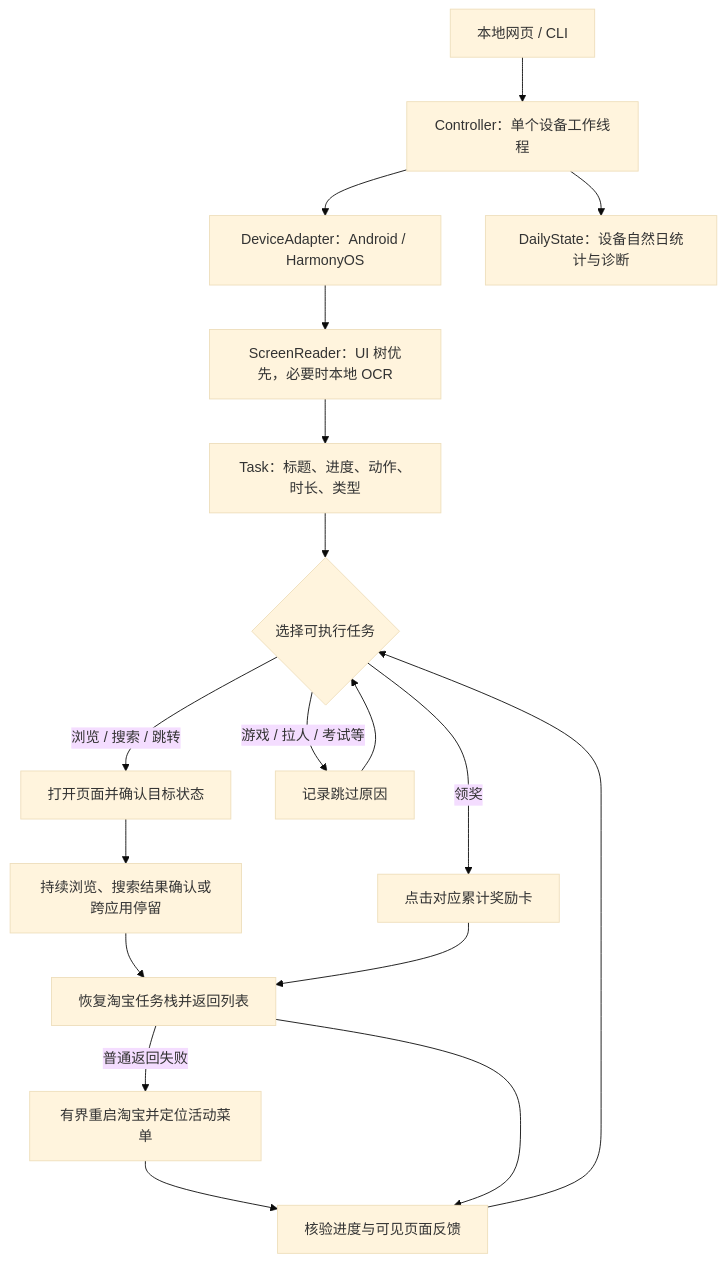
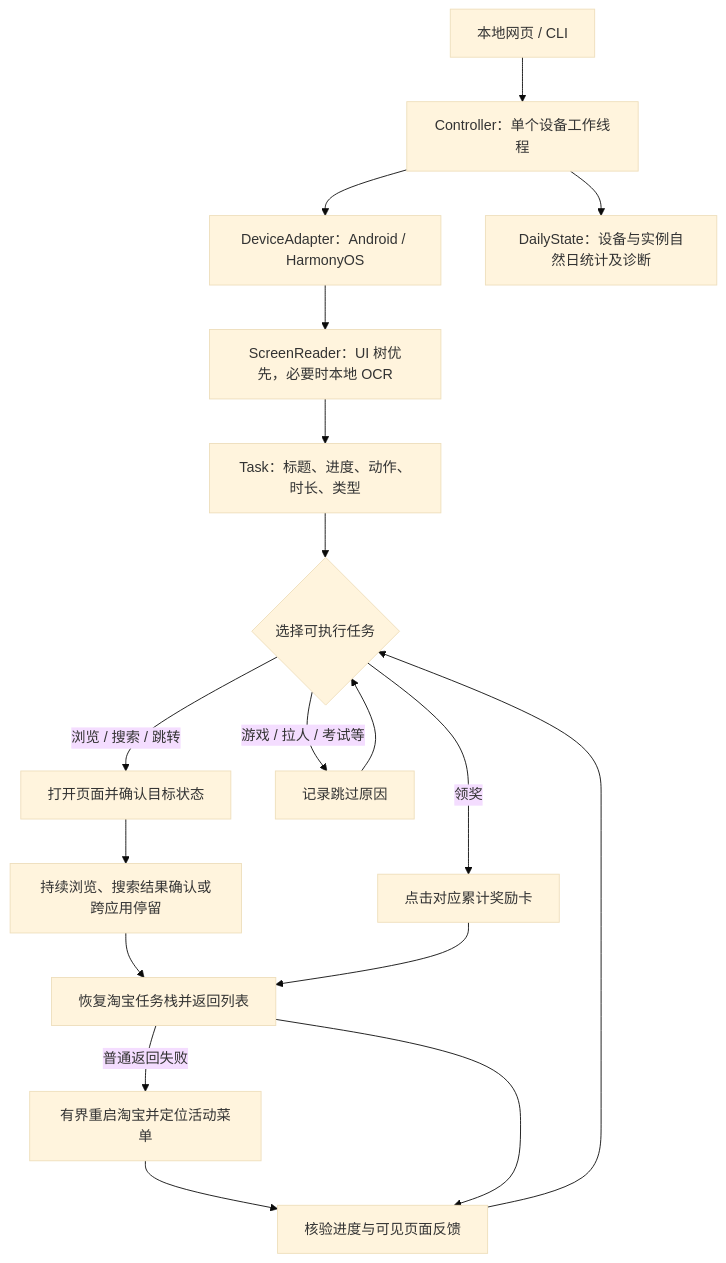
One commit to Chilzen-dyj/MiaoTask changed the diagram in docs/ARCHITECTURE.md. Above: the diagram before and after it, drawn with Mermaid (base theme). The commit also changed other lines of this file and 16 other files, not shown here.

````diff
--- a/docs/ARCHITECTURE.md
+++ b/docs/ARCHITECTURE.md
@@ -23,20 +23,20 @@
 ```mermaid
 flowchart TD
     UI[本地网页 / CLI] --> C[Controller：单个设备工作线程]
     C --> D[DeviceAdapter：Android / HarmonyOS]
-    C --> P[DailyState：设备自然日统计与诊断]
+    C --> P[DailyState：设备与实例自然日统计及诊断]
     D --> R[ScreenReader：UI 树优先，必要时本地 OCR]
     R --> T[Task：标题、进度、动作、时长、类型]
     T --> S{选择可执行任务}
     S -->|领奖| Q[点击对应累计奖励卡]
     S -->|浏览 / 搜索 / 跳转| E[打开页面并确认目标状态]
     S -->|游戏 / 拉人 / 考试等| K[记录跳过原因]
     E --> B[持续浏览、搜索结果确认或跨应用停留]
     B --> A[恢复淘宝任务栈并返回列表]
     A -->|普通返回失败| F[有界重启淘宝并定位活动菜单]
     F --> V
     Q --> A
     A --> V[核验进度与可见页面反馈]
     V --> S
     K --> S
 ```
````
